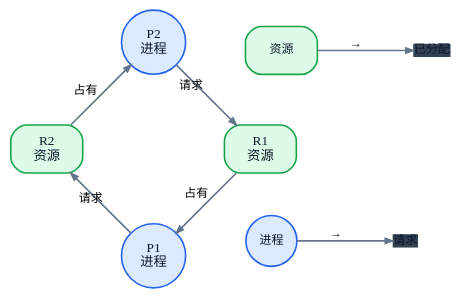
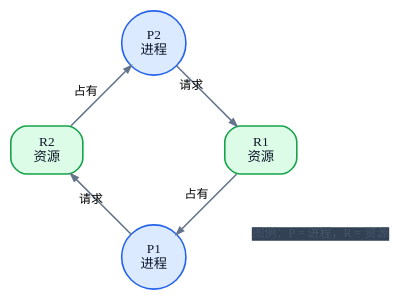
One commit to 74262195/system-architect-notes changed the diagram in 01_综合知识/01_计算机基础知识/02_操作系统/死锁与银行家算法.md. Above: the diagram before and after it, drawn with Graphviz.

Commit message:
简化死锁图例

````diff
--- a/01_综合知识/01_计算机基础知识/02_操作系统/死锁与银行家算法.md
+++ b/01_综合知识/01_计算机基础知识/02_操作系统/死锁与银行家算法.md
@@ -93,33 +93,19 @@
 ```dot
 digraph ResourceAllocationGraph {
   graph [layout=circo, bgcolor="transparent", pad=0.05, margin=0, nodesep=0.15, overlap=false, ratio=compress]
   node [fontname="PingFang SC", fontsize=10, style="filled", penwidth=1.2, color="#334155", fontcolor="#0F172A", margin="0.1,0.06"]
   edge [fontname="PingFang SC", fontsize=9, color="#64748B", penwidth=1.2, arrowsize=0.55]
 
   P1 [label="P1\n进程", shape=circle, fillcolor="#DBEAFE", color="#2563EB"]
   P2 [label="P2\n进程", shape=circle, fillcolor="#DBEAFE", color="#2563EB"]
   R1 [label="R1\n资源", shape=box, style="rounded,filled", fillcolor="#DCFCE7", color="#16A34A"]
   R2 [label="R2\n资源", shape=box, style="rounded,filled", fillcolor="#DCFCE7", color="#16A34A"]
 
   P1 -> R2 [label="请求"]
   R2 -> P2 [label="占有"]
   P2 -> R1 [label="请求"]
   R1 -> P1 [label="占有"]
 
-  subgraph cluster_legend {
-    label="图例"
-    color="#CBD5E1"
-    fontname="PingFang SC"
-    fontsize=9
-    style="rounded,dashed"
-    margin=5
-    rank=same
-    legend_process [label="进程", shape=circle, fontsize=9, fillcolor="#DBEAFE", color="#2563EB"]
-    legend_resource [label="资源", shape=box, fontsize=9, style="rounded,filled", fillcolor="#DCFCE7", color="#16A34A"]
-    legend_request [label="请求", shape=plain, fontsize=9]
-    legend_alloc [label="已分配", shape=plain, fontsize=9]
-    legend_process -> legend_request [label="→", fontsize=9, color="#64748B"]
-    legend_resource -> legend_alloc [label="→", fontsize=9, color="#64748B"]
-  }
+  legend [label="图例：P = 进程，R = 资源", shape=plain, fontname="PingFang SC", fontsize=9, fontcolor="#475569"]
 }
 ```
````
